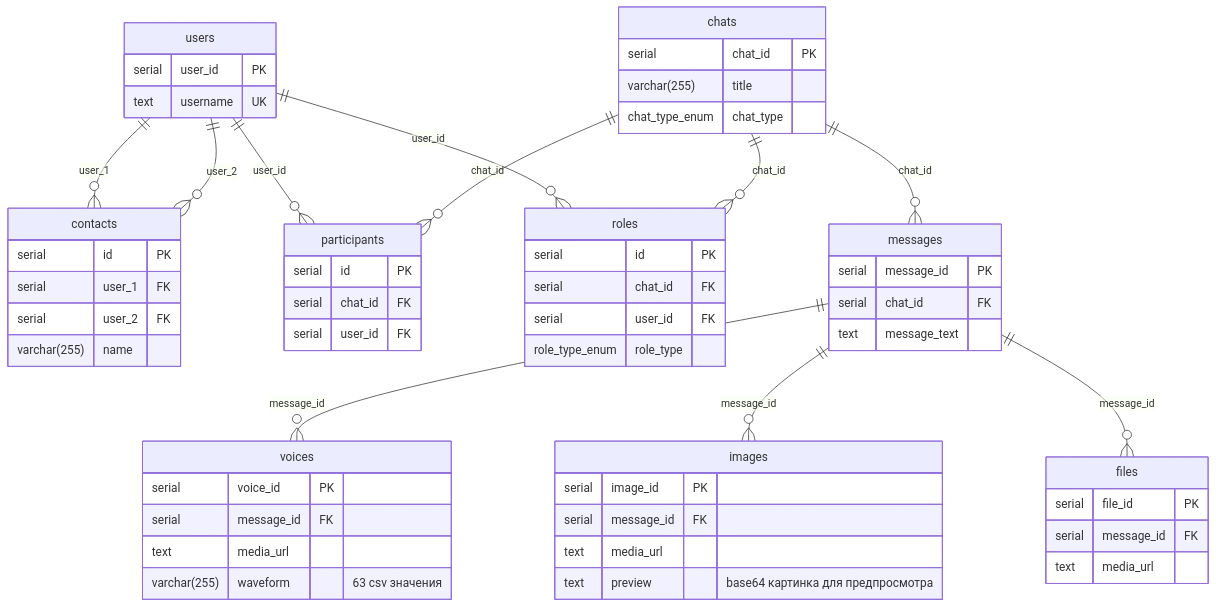
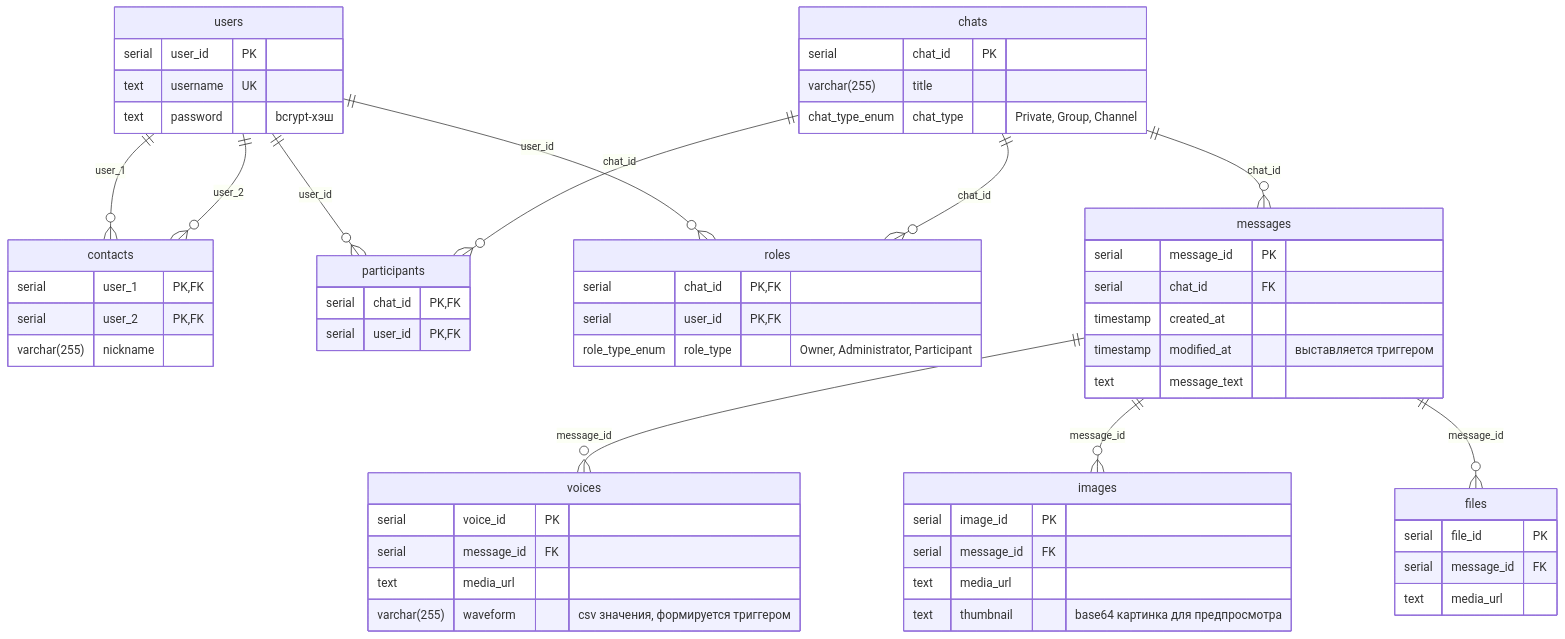
The diagram in README.md (sven4500/postgrest-messenger), drawn with Mermaid before and after one commit. The commit also changed other lines of this file, not shown here.

First line of the commit message:
Обновлён README: ERD, роли и права, API, лицензия;

````diff
--- a/README.md
+++ b/README.md
@@ -17,74 +17,74 @@
 ```mermaid
 erDiagram
-    %% таблица пользователей
+    %% таблица пользователей, пароль хранится как bcrypt-хэш
     users {
         serial user_id PK
         text username UK
+        text password "bcrypt-хэш"
     }
 
     %% таблица контактов, то как пользователи называют
     %% друг друга, кто с кем знаком и т.д.
     contacts {
-        serial id PK
-        serial user_1 FK
-        serial user_2 FK
-        varchar(255) name
+        serial user_1 PK, FK
+        serial user_2 PK, FK
+        varchar(255) nickname
     }
 
     %% таблица чатов и их типы
     chats {
         serial chat_id PK
         varchar(255) title
-        chat_type_enum chat_type
+        chat_type_enum chat_type "Private, Group, Channel"
     }
 
     participants {
-        serial id PK
-        serial chat_id FK
-        serial user_id FK
+        serial chat_id PK, FK
+        serial user_id PK, FK
     }
 
     roles {
-        serial id PK
-        serial chat_id FK
-        serial user_id FK
-        role_type_enum role_type
+        serial chat_id PK, FK
+        serial user_id PK, FK
+        role_type_enum role_type "Owner, Administrator, Participant"
     }
 
     messages {
         serial message_id PK
         serial chat_id FK
+        timestamp created_at
+        timestamp modified_at "выставляется триггером"
         text message_text
     }
 
     voices {
         serial voice_id PK
         serial message_id FK
         text media_url
-        varchar(255) waveform "63 csv значения"
+        varchar(255) waveform "csv значения, формируется триггером"
     }
 
     images {
         serial image_id PK
         serial message_id FK
         text media_url
-        text preview "base64 картинка для предпросмотра"
+        text thumbnail "base64 картинка для предпросмотра"
     }
 
     files {
         serial file_id PK
         serial message_id FK
         text media_url
     }
 
     users ||--o{ contacts : "user_1"
     users ||--o{ contacts : "user_2"
     users ||--o{ participants : "user_id"
     chats ||--o{ participants : "chat_id"
     users ||--o{ roles : "user_id"
     chats ||--o{ roles : "chat_id"
     chats ||--o{ messages : "chat_id"
     messages ||--o{ voices : "message_id"
     messages ||--o{ images : "message_id"
     messages ||--o{ files : "message_id"
 ```
````
